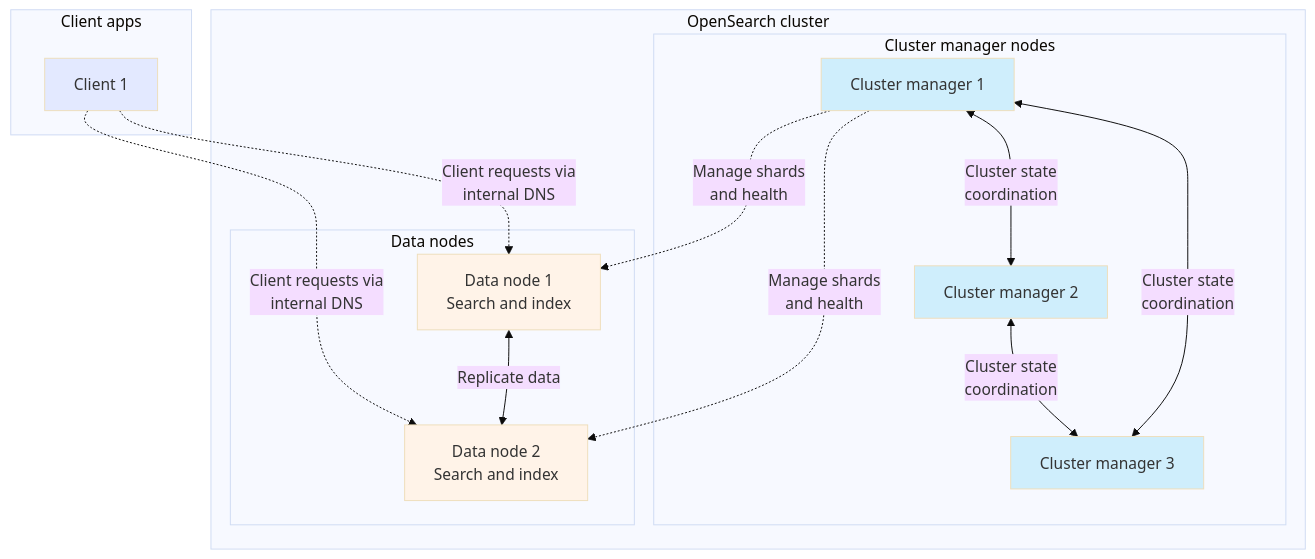
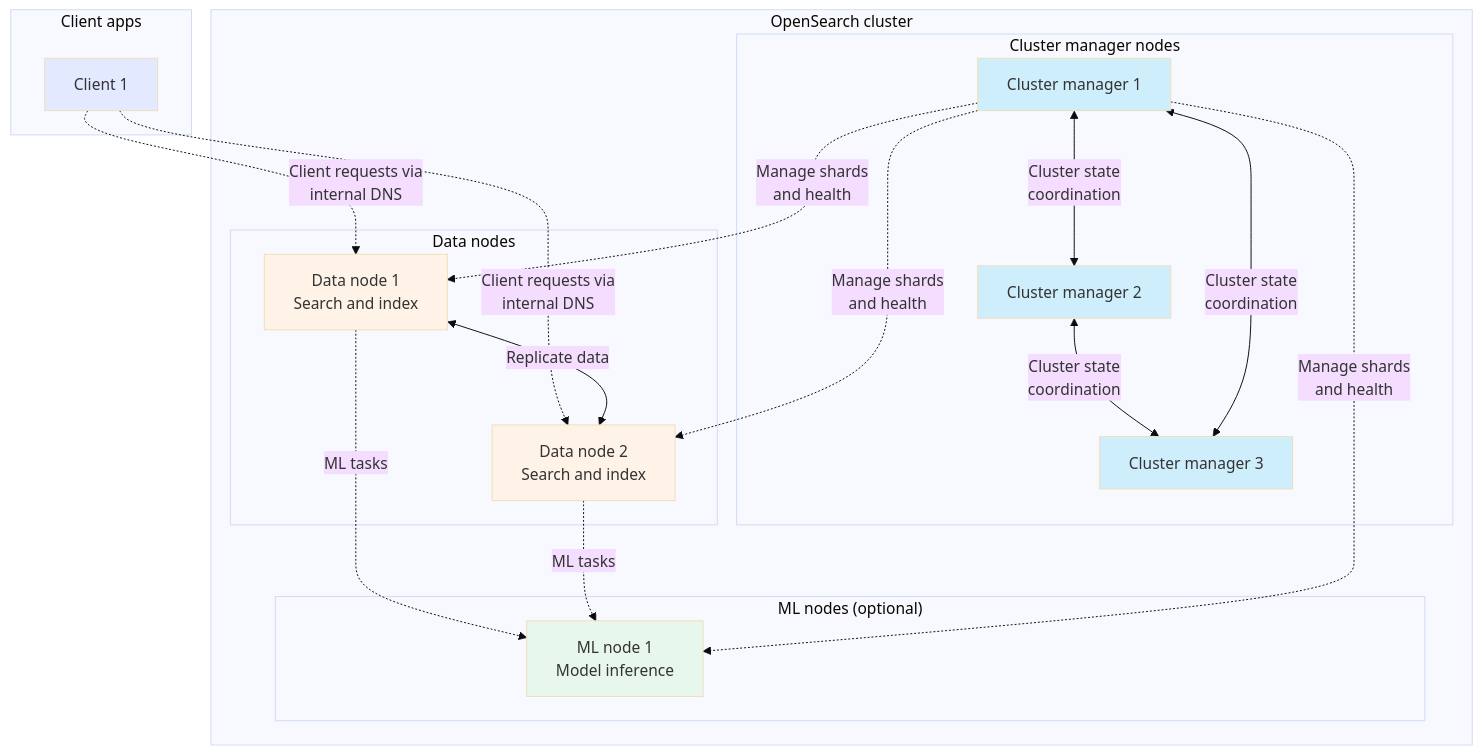
One commit to aiven/aiven-docs changed the diagram in docs/products/opensearch/concepts/dedicated-node-roles.md. Above: the diagram before and after it, drawn with Mermaid (base theme). The commit also changed other lines of this file, not shown here.

Commit message:
ml nodes

````diff
--- a/docs/products/opensearch/concepts/dedicated-node-roles.md
+++ b/docs/products/opensearch/concepts/dedicated-node-roles.md
@@ -47,38 +49,47 @@
 ```mermaid
 graph TB
     subgraph "Client apps"
         C1[Client 1]
     end
 
     subgraph "OpenSearch cluster"
         subgraph "Cluster manager nodes"
             CM1[Cluster manager 1]
             CM2[Cluster manager 2]
             CM3[Cluster manager 3]
         end
 
         subgraph "Data nodes"
             DN1[Data node 1<br/>Search and index]
             DN2[Data node 2<br/>Search and index]
         end
+
+        subgraph "ML nodes (optional)"
+            ML1[ML node 1<br/>Model inference]
+        end
     end
 
     C1 -.->|Client requests via<br/>internal DNS| DN1
     C1 -.->|Client requests via<br/>internal DNS| DN2
 
     CM1 <-->|Cluster state<br/>coordination| CM2
     CM2 <-->|Cluster state<br/>coordination| CM3
     CM3 <-->|Cluster state<br/>coordination| CM1
 
     CM1 -.->|Manage shards<br/>and health| DN1
     CM1 -.->|Manage shards<br/>and health| DN2
 
     DN1 <-->|Replicate data| DN2
 
+    DN1 -.->|ML tasks| ML1
+    DN2 -.->|ML tasks| ML1
+    CM1 -.->|Manage shards<br/>and health| ML1
+
     style C1 fill:#e3e9ff
     style CM1 fill:#cfeefc
     style CM2 fill:#cfeefc
     style CM3 fill:#cfeefc
     style DN1 fill:#fff3e8
     style DN2 fill:#fff3e8
+    style ML1 fill:#e8f7ec
 ```
````
